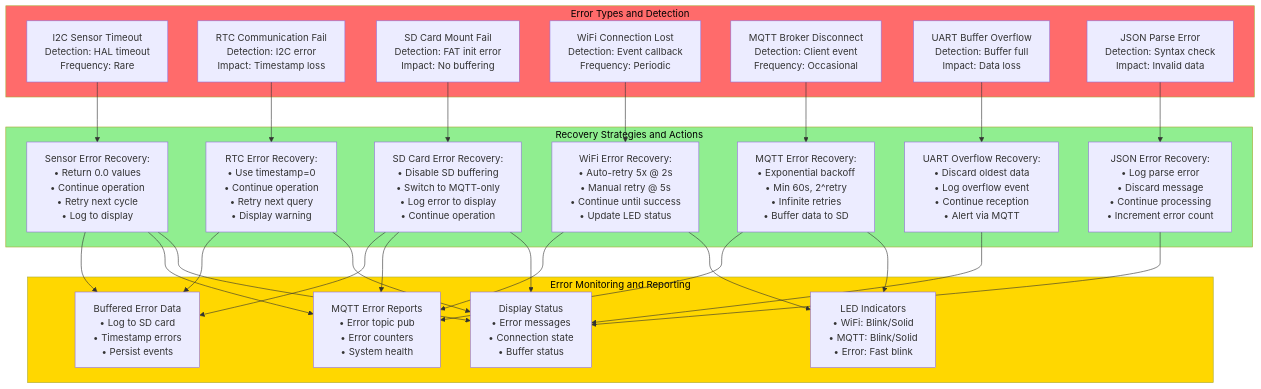
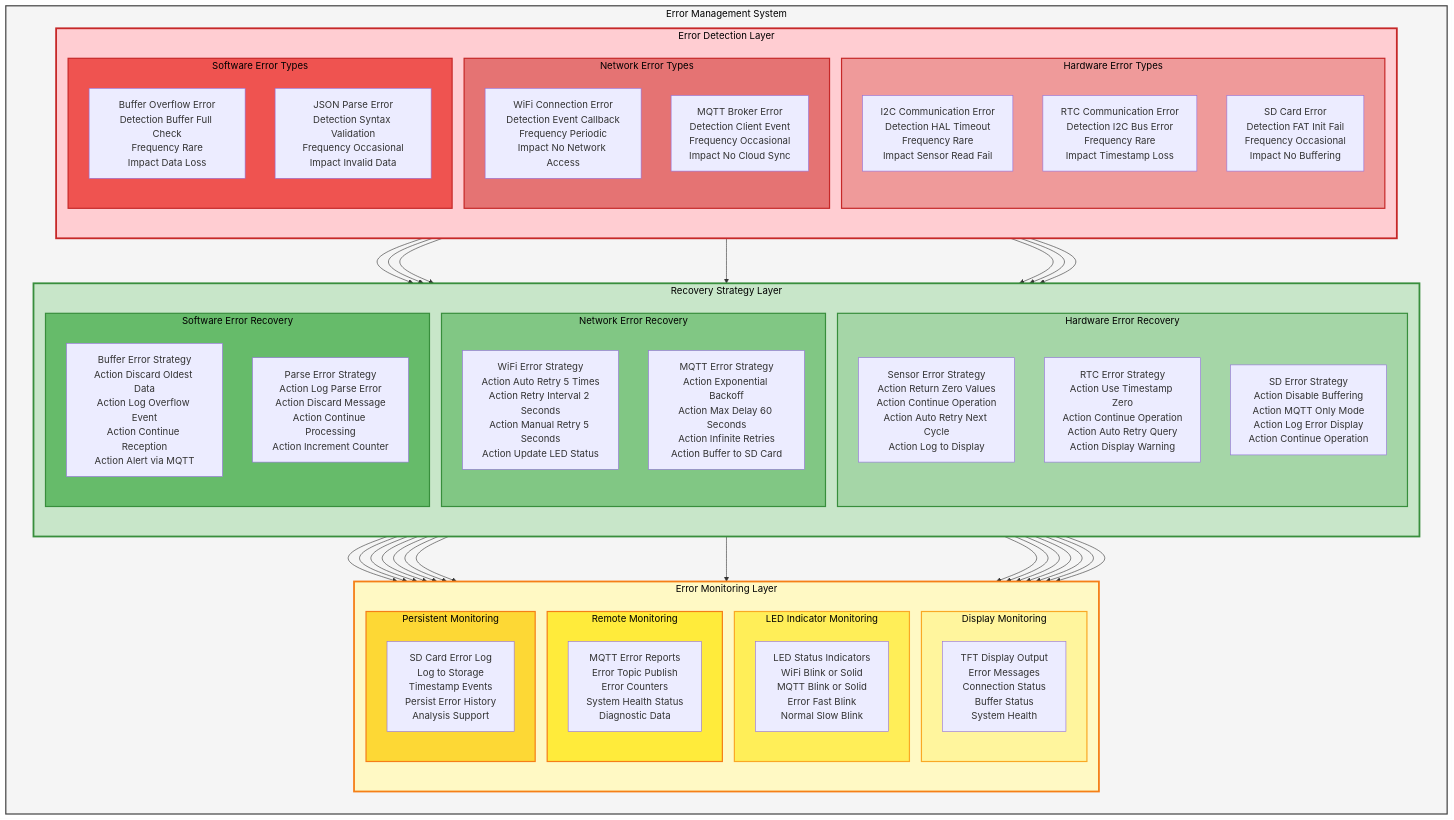
One commit to meeTeam05/datalogger changed the eighth of 10 diagrams in documents/firmware/ARCHITECTURE_DIAGRAM_FIRMWARE.md. Above: the diagram before and after it, drawn with Mermaid. The commit also changed other lines of this file, not shown here.

Commit message:
fix(docs): enhance architecture diagrams clarity and details

````diff
--- a/documents/firmware/ARCHITECTURE_DIAGRAM_FIRMWARE.md
+++ b/documents/firmware/ARCHITECTURE_DIAGRAM_FIRMWARE.md
@@ -522,67 +759,119 @@
 ```mermaid
 graph TB
-    subgraph Errors[Error Types and Detection]
-        E1[I2C Sensor Timeout<br/>Detection: HAL timeout<br/>Frequency: Rare]
-        E2[RTC Communication Fail<br/>Detection: I2C error<br/>Impact: Timestamp loss]
-        E3[SD Card Mount Fail<br/>Detection: FAT init error<br/>Impact: No buffering]
-        E4[WiFi Connection Lost<br/>Detection: Event callback<br/>Frequency: Periodic]
-        E5[MQTT Broker Disconnect<br/>Detection: Client event<br/>Frequency: Occasional]
-        E6[UART Buffer Overflow<br/>Detection: Buffer full<br/>Impact: Data loss]
-        E7[JSON Parse Error<br/>Detection: Syntax check<br/>Impact: Invalid data]
+    subgraph Error_Management["Error Management System"]
+        direction TB
+
+        subgraph Error_Detection["Error Detection Layer"]
+            direction TB
+
+            subgraph Hardware_Errors["Hardware Error Types"]
+                I2C_Error[I2C Communication Error<br/>Detection HAL Timeout<br/>Frequency Rare<br/>Impact Sensor Read Fail]
+
+                RTC_Error[RTC Communication Error<br/>Detection I2C Bus Error<br/>Frequency Rare<br/>Impact Timestamp Loss]
+
+                SD_Error[SD Card Error<br/>Detection FAT Init Fail<br/>Frequency Occasional<br/>Impact No Buffering]
+            end
+
+            subgraph Network_Errors["Network Error Types"]
+                WiFi_Error[WiFi Connection Error<br/>Detection Event Callback<br/>Frequency Periodic<br/>Impact No Network Access]
+
+                MQTT_Error[MQTT Broker Error<br/>Detection Client Event<br/>Frequency Occasional<br/>Impact No Cloud Sync]
+            end
+
+            subgraph Software_Errors["Software Error Types"]
+                Buffer_Error[Buffer Overflow Error<br/>Detection Buffer Full Check<br/>Frequency Rare<br/>Impact Data Loss]
+
+                Parse_Error[JSON Parse Error<br/>Detection Syntax Validation<br/>Frequency Occasional<br/>Impact Invalid Data]
+            end
+        end
+
+        subgraph Recovery_Strategies["Recovery Strategy Layer"]
+            direction TB
+
+            subgraph Hardware_Recovery["Hardware Error Recovery"]
+                Sensor_Recovery[Sensor Error Strategy<br/>Action Return Zero Values<br/>Action Continue Operation<br/>Action Auto Retry Next Cycle<br/>Action Log to Display]
+
+                RTC_Recovery[RTC Error Strategy<br/>Action Use Timestamp Zero<br/>Action Continue Operation<br/>Action Auto Retry Query<br/>Action Display Warning]
+
+                SD_Recovery[SD Error Strategy<br/>Action Disable Buffering<br/>Action MQTT Only Mode<br/>Action Log Error Display<br/>Action Continue Operation]
+            end
+
+            subgraph Network_Recovery["Network Error Recovery"]
+                WiFi_Recovery[WiFi Error Strategy<br/>Action Auto Retry 5 Times<br/>Action Retry Interval 2 Seconds<br/>Action Manual Retry 5 Seconds<br/>Action Update LED Status]
+
+                MQTT_Recovery[MQTT Error Strategy<br/>Action Exponential Backoff<br/>Action Max Delay 60 Seconds<br/>Action Infinite Retries<br/>Action Buffer to SD Card]
+            end
+
+            subgraph Software_Recovery["Software Error Recovery"]
+                Buffer_Recovery[Buffer Error Strategy<br/>Action Discard Oldest Data<br/>Action Log Overflow Event<br/>Action Continue Reception<br/>Action Alert via MQTT]
+
+                Parse_Recovery[Parse Error Strategy<br/>Action Log Parse Error<br/>Action Discard Message<br/>Action Continue Processing<br/>Action Increment Counter]
+            end
+        end
+
+        subgraph Monitoring_Layer["Error Monitoring Layer"]
+            direction TB
+
+            subgraph Display_Monitor["Display Monitoring"]
+                TFT_Monitor[TFT Display Output<br/>Error Messages<br/>Connection Status<br/>Buffer Status<br/>System Health]
+            end
+
+            subgraph LED_Monitor["LED Indicator Monitoring"]
+                LED_Indicator[LED Status Indicators<br/>WiFi Blink or Solid<br/>MQTT Blink or Solid<br/>Error Fast Blink<br/>Normal Slow Blink]
+            end
+
+            subgraph Remote_Monitor["Remote Monitoring"]
+                MQTT_Report[MQTT Error Reports<br/>Error Topic Publish<br/>Error Counters<br/>System Health Status<br/>Diagnostic Data]
+            end
+
+            subgraph Persistent_Monitor["Persistent Monitoring"]
+                SD_Log[SD Card Error Log<br/>Log to Storage<br/>Timestamp Events<br/>Persist Error History<br/>Analysis Support]
+            end
+        end
     end
 
-    subgraph Recovery[Recovery Strategies and Actions]
-        R1[Sensor Error Recovery:<br/>• Return 0.0 values<br/>• Continue operation<br/>• Retry next cycle<br/>• Log to display]
+    I2C_Error --> Sensor_Recovery
+    RTC_Error --> RTC_Recovery
+    SD_Error --> SD_Recovery
+    WiFi_Error --> WiFi_Recovery
+    MQTT_Error --> MQTT_Recovery
+    Buffer_Error --> Buffer_Recovery
+    Parse_Error --> Parse_Recovery
 
-        R2[RTC Error Recovery:<br/>• Use timestamp=0<br/>• Continue operation<br/>• Retry next query<br/>• Display warning]
+    Sensor_Recovery --> TFT_Monitor
+    RTC_Recovery --> TFT_Monitor
+    SD_Recovery --> TFT_Monitor
+    Buffer_Recovery --> TFT_Monitor
+    Parse_Recovery --> TFT_Monitor
 
-        R3[SD Card Error Recovery:<br/>• Disable SD buffering<br/>• Switch to MQTT-only<br/>• Log error to display<br/>• Continue operation]
+    WiFi_Recovery --> LED_Indicator
+    MQTT_Recovery --> LED_Indicator
 
-        R4[WiFi Error Recovery:<br/>• Auto-retry 5x @ 2s<br/>• Manual retry @ 5s<br/>• Continue until success<br/>• Update LED status]
+    Sensor_Recovery --> MQTT_Report
+    SD_Recovery --> MQTT_Report
+    WiFi_Recovery --> MQTT_Report
+    MQTT_Recovery --> MQTT_Report
 
-        R5[MQTT Error Recovery:<br/>• Exponential backoff<br/>• Min 60s, 2^retry<br/>• Infinite retries<br/>• Buffer data to SD]
+    Sensor_Recovery --> SD_Log
+    RTC_Recovery --> SD_Log
+    SD_Recovery --> SD_Log
+    Buffer_Recovery --> SD_Log
 
-        R6[UART Overflow Recovery:<br/>• Discard oldest data<br/>• Log overflow event<br/>• Continue reception<br/>• Alert via MQTT]
+    style Error_Management fill:#F5F5F5,stroke:#424242,stroke-width:2px,color:#000
+    style Error_Detection fill:#FFCDD2,stroke:#C62828,stroke-width:3px,color:#000
+    style Recovery_Strategies fill:#C8E6C9,stroke:#388E3C,stroke-width:3px,color:#000
+    style Monitoring_Layer fill:#FFF9C4,stroke:#F57F17,stroke-width:3px,color:#000
 
-        R7[JSON Error Recovery:<br/>• Log parse error<br/>• Discard message<br/>• Continue processing<br/>• Increment error count]
-    end
+    style Hardware_Errors fill:#EF9A9A,stroke:#C62828,stroke-width:2px,color:#000
+    style Network_Errors fill:#E57373,stroke:#C62828,stroke-width:2px,color:#000
+    style Software_Errors fill:#EF5350,stroke:#C62828,stroke-width:2px,color:#000
 
-    subgraph Monitoring[Error Monitoring and Reporting]
-        M1[Display Status<br/>• Error messages<br/>• Connection state<br/>• Buffer status]
+    style Hardware_Recovery fill:#A5D6A7,stroke:#388E3C,stroke-width:2px,color:#000
+    style Network_Recovery fill:#81C784,stroke:#388E3C,stroke-width:2px,color:#000
+    style Software_Recovery fill:#66BB6A,stroke:#388E3C,stroke-width:2px,color:#000
 
-        M2[LED Indicators<br/>• WiFi: Blink/Solid<br/>• MQTT: Blink/Solid<br/>• Error: Fast blink]
-
-        M3[MQTT Error Reports<br/>• Error topic pub<br/>• Error counters<br/>• System health]
-
-        M4[Buffered Error Data<br/>• Log to SD card<br/>• Timestamp errors<br/>• Persist events]
-    end
-
-    E1 --> R1
-    E2 --> R2
-    E3 --> R3
-    E4 --> R4
-    E5 --> R5
-    E6 --> R6
-    E7 --> R7
-
-    R1 --> M1
-    R2 --> M1
-    R3 --> M1
-    R4 --> M2
-    R5 --> M2
-    R6 --> M1
-    R7 --> M1
-
-    R1 --> M3
-    R3 --> M3
-    R4 --> M3
-    R5 --> M3
-
-    R1 --> M4
-    R2 --> M4
-    R3 --> M4
-
-    style Errors fill:#FF6B6B, color:#000000
-    style Recovery fill:#90EE90, color:#000000
-    style Monitoring fill:#FFD700, color:#000000
+    style Display_Monitor fill:#FFF59D,stroke:#F9A825,stroke-width:2px,color:#000
+    style LED_Monitor fill:#FFEE58,stroke:#F9A825,stroke-width:2px,color:#000
+    style Remote_Monitor fill:#FFEB3B,stroke:#F57F17,stroke-width:2px,color:#000
+    style Persistent_Monitor fill:#FDD835,stroke:#F57F17,stroke-width:2px,color:#000
 ```
````
